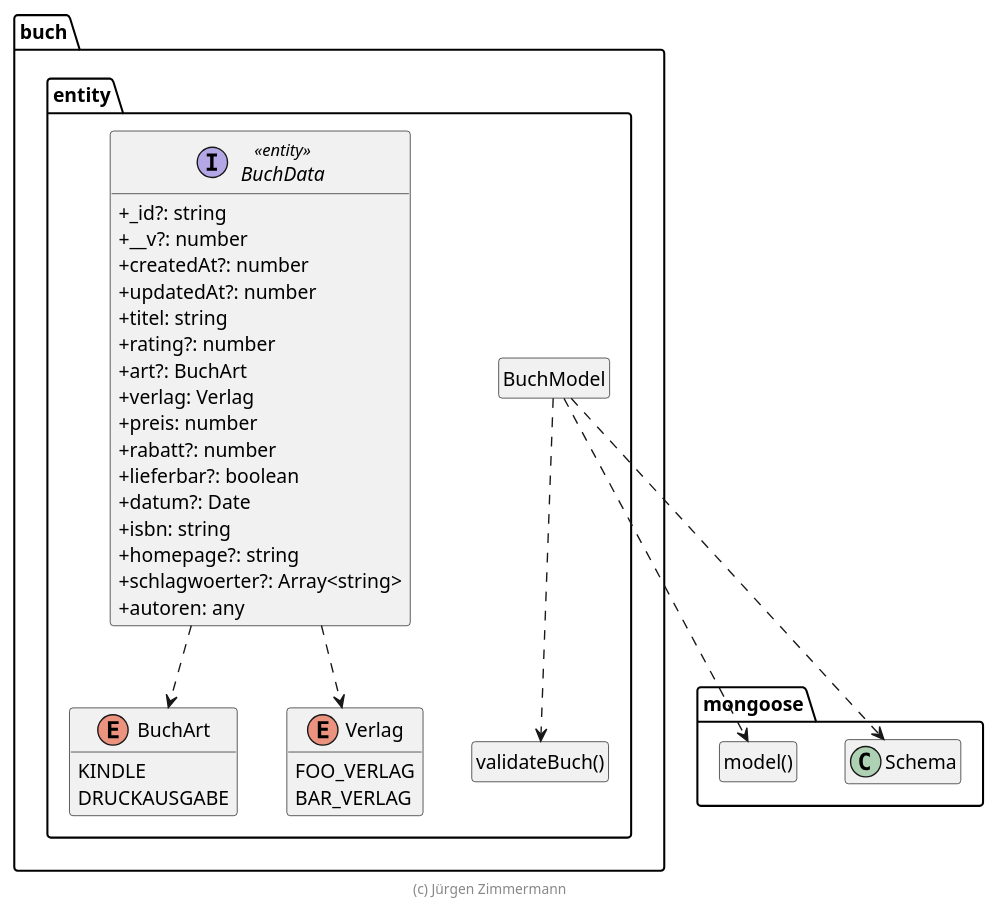
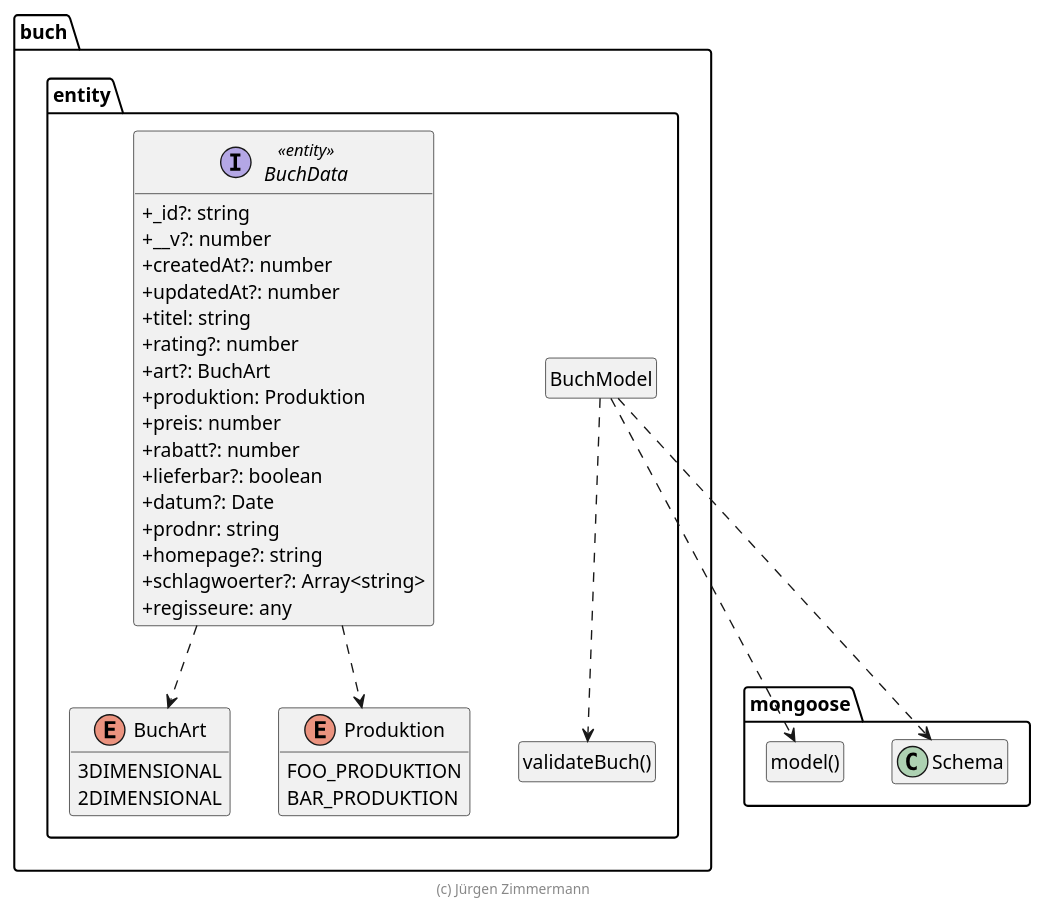
Before and after one commit to marcelmaerdian/SWE_WS2020: the diagram in doc/entwicklerhandbuch/Film.puml, drawn with PlantUML. The commit also changed 26 other files, not shown here.

```diff
--- a/doc/entwicklerhandbuch/Film.puml
+++ b/doc/entwicklerhandbuch/Film.puml
@@ -15,62 +15,62 @@
 @startuml Anwendungskern
 
 !pragma useNewPackage
 skinparam classAttributeIconSize 0
 skinparam componentStyle uml2
 
 package mongoose {
   class Schema
 
   class "model()" as model
   hide model circle
 }
 
 package buch.entity {
   class "validateBuch()" as validateBuch
   hide validateBuch circle
 
   class BuchModel
   hide BuchModel circle
 
   BuchModel ..> Schema
   BuchModel ..> model
   BuchModel ..> validateBuch
 
   BuchData ..> BuchArt
-  BuchData ..> Verlag
+  BuchData ..> Produktion
 
   enum BuchArt {
-    KINDLE
-    DRUCKAUSGABE
+    3DIMENSIONAL
+    2DIMENSIONAL
   }
 
-  enum Verlag {
-    FOO_VERLAG
-    BAR_VERLAG
+  enum Produktion {
+    FOO_PRODUKTION
+    BAR_PRODUKTION
   }
 
   interface BuchData <<entity>> {
     + _id?: string
     + __v?: number
     + createdAt?: number
     + updatedAt?: number
     + titel: string
     + rating?: number
     + art?: BuchArt
-    + verlag: Verlag
+    + produktion: Produktion
     + preis: number
     + rabatt?: number
     + lieferbar?: boolean
     + datum?: Date
-    + isbn: string
+    + prodnr: string
     + homepage?: string
     + schlagwoerter?: Array<string>
-    + autoren: any
+    + regisseure: any
   }
 }
 
 hide empty members
 
 footer (c) Jürgen Zimmermann
 
 @enduml
```
